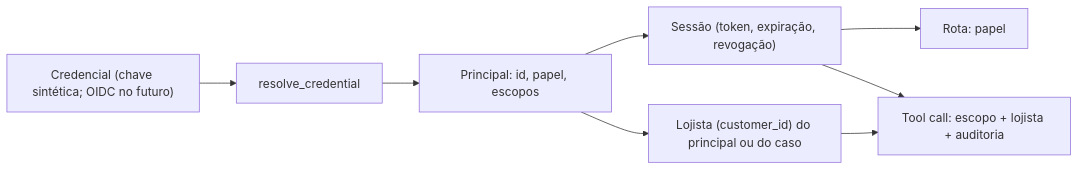
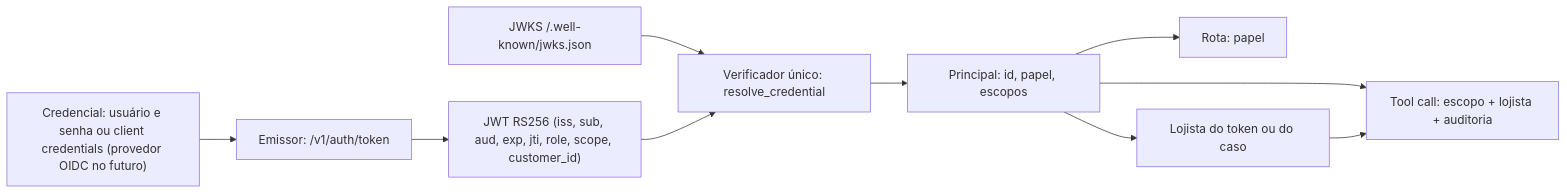
The diagram in docs/architecture/decisions/0017-identidade-principal-escopos.md (lauroPereira/ai-getnet-case), drawn with Mermaid before and after one commit. The commit also changed other lines of this file and 10 other files, not shown here.

````diff
--- a/docs/architecture/decisions/0017-identidade-principal-escopos.md
+++ b/docs/architecture/decisions/0017-identidade-principal-escopos.md
@@ -24,10 +25,12 @@
 ```mermaid
 flowchart LR
-    C["Credencial (chave sintética; OIDC no futuro)"] --> R["resolve_credential"]
-    R --> P["Principal: id, papel, escopos"]
-    P --> S["Sessão (token, expiração, revogação)"]
-    S --> A["Rota: papel"]
-    S --> T["Tool call: escopo + lojista + auditoria"]
-    P --> L["Lojista (customer_id) do principal ou do caso"]
+    C["Credencial: usuário e senha ou client credentials (provedor OIDC no futuro)"] --> E["Emissor: /v1/auth/token"]
+    E --> J["JWT RS256 (iss, sub, aud, exp, jti, role, scope, customer_id)"]
+    K["JWKS /.well-known/jwks.json"] --> V
+    J --> V["Verificador único: resolve_credential"]
+    V --> P["Principal: id, papel, escopos"]
+    P --> R["Rota: papel"]
+    P --> T["Tool call: escopo + lojista + auditoria"]
+    P --> L["Lojista do token ou do caso"]
     L --> T
 ```
````
